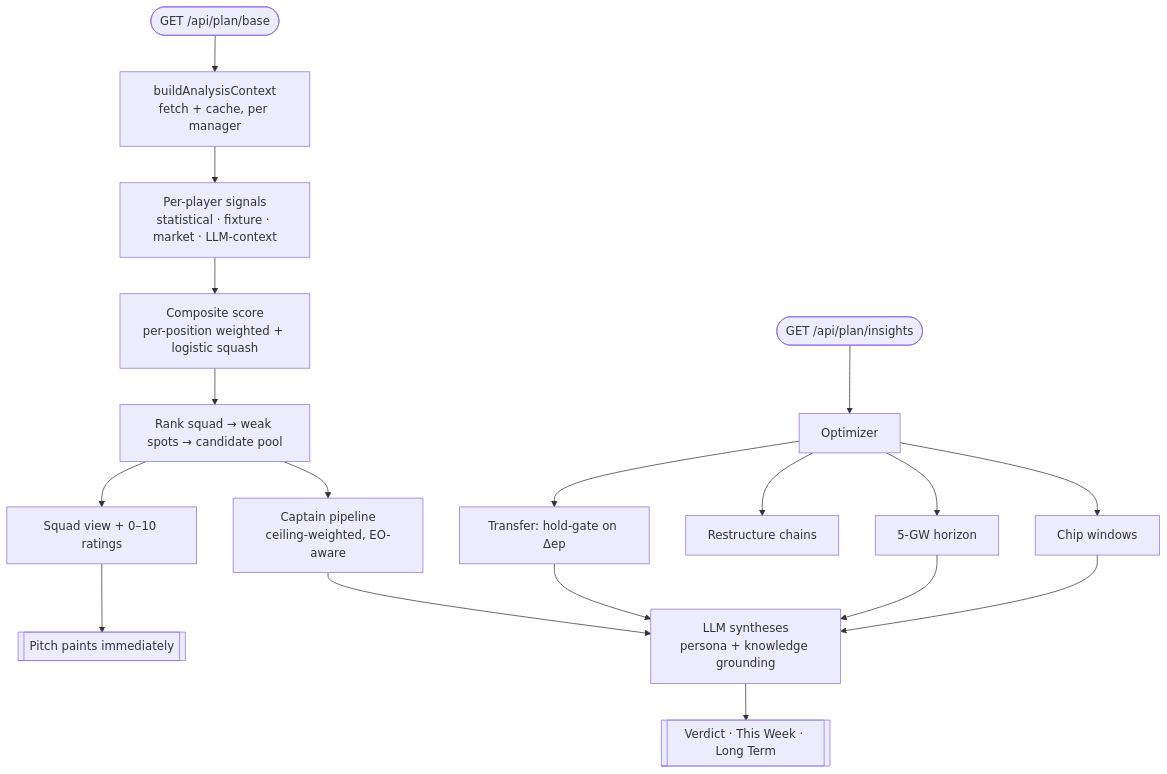
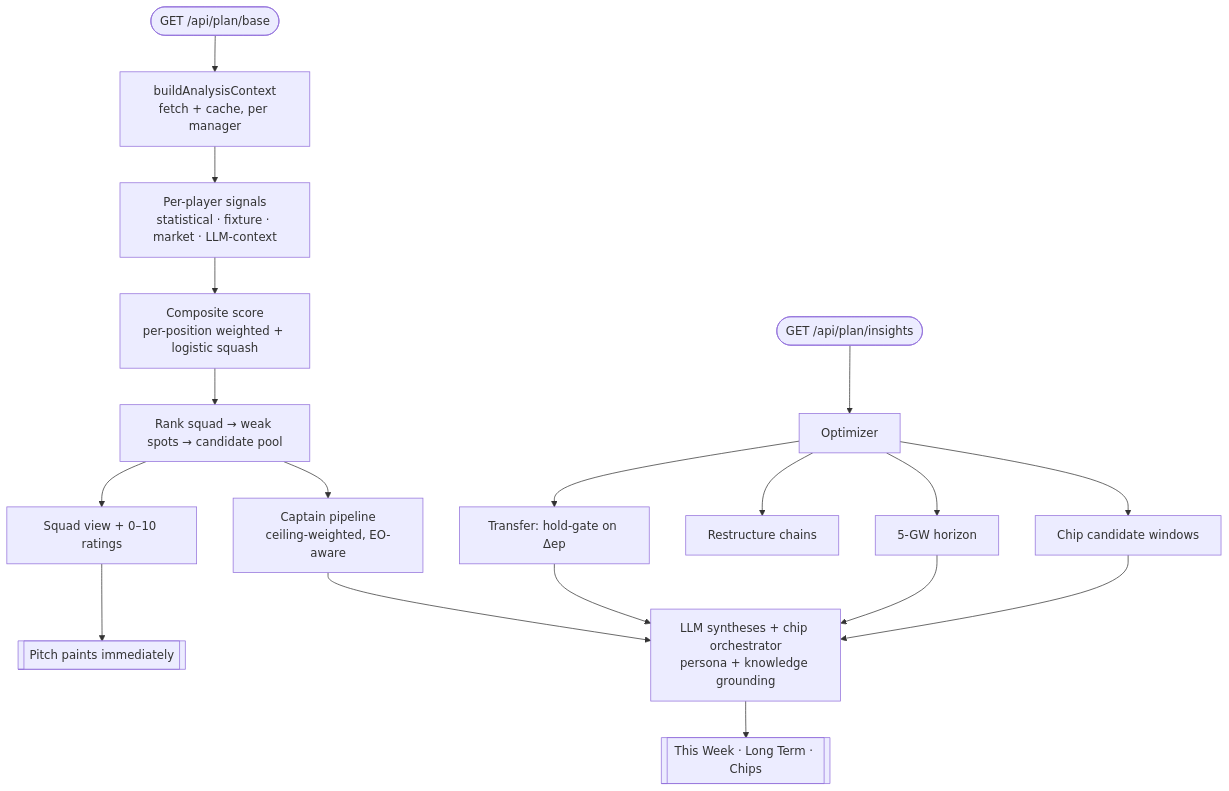
The first of 2 diagrams in docs/ARCHITECTURE.md (LionelKavit/Fantasy-Premier-League-Advisor), drawn with Mermaid before and after one commit. The commit also changed other lines of this file and 17 other files, not shown here.

First line of the commit message:
docs: refresh README + architecture for the conversation-first app

````diff
--- a/docs/ARCHITECTURE.md
+++ b/docs/ARCHITECTURE.md
@@ -9,17 +9,17 @@
 ```mermaid
 flowchart TB
   REQ([GET /api/plan/base]) --> CTX[buildAnalysisContext<br/>fetch + cache, per manager]
   CTX --> SIG[Per-player signals<br/>statistical · fixture · market · LLM-context]
   SIG --> COMP[Composite score<br/>per-position weighted + logistic squash]
   COMP --> RANK[Rank squad → weak spots → candidate pool]
   RANK --> BASEOUT[Squad view + 0–10 ratings] --> PITCH[[Pitch paints immediately]]
 
   REQ2([GET /api/plan/insights]) --> OPT[Optimizer]
   OPT --> TR[Transfer: hold-gate on Δep]
   OPT --> RES[Restructure chains]
   OPT --> HZ[5-GW horizon]
-  OPT --> CHIP[Chip windows]
+  OPT --> CHIP[Chip candidate windows]
   RANK --> CAP[Captain pipeline<br/>ceiling-weighted, EO-aware]
-  TR & CAP & HZ & CHIP --> SYN[LLM syntheses<br/>persona + knowledge grounding]
-  SYN --> INSOUT[[Verdict · This Week · Long Term]]
+  TR & CAP & HZ & CHIP --> SYN[LLM syntheses + chip orchestrator<br/>persona + knowledge grounding]
+  SYN --> INSOUT[[This Week · Long Term · Chips]]
 ```
````
